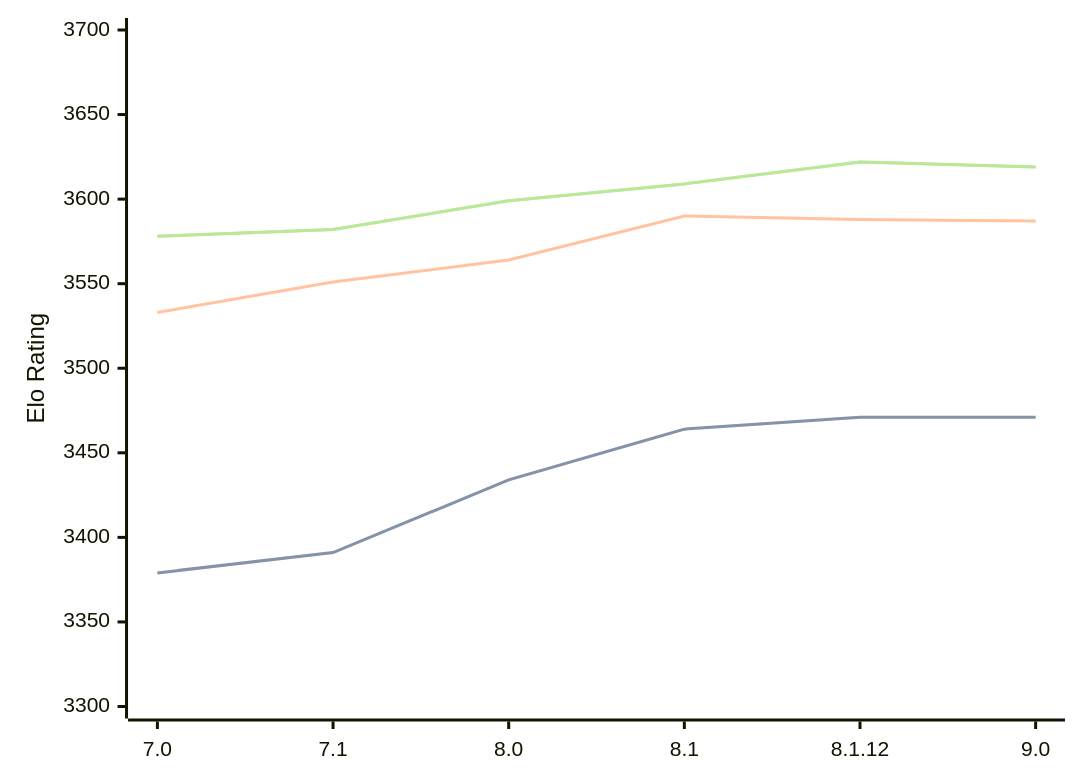
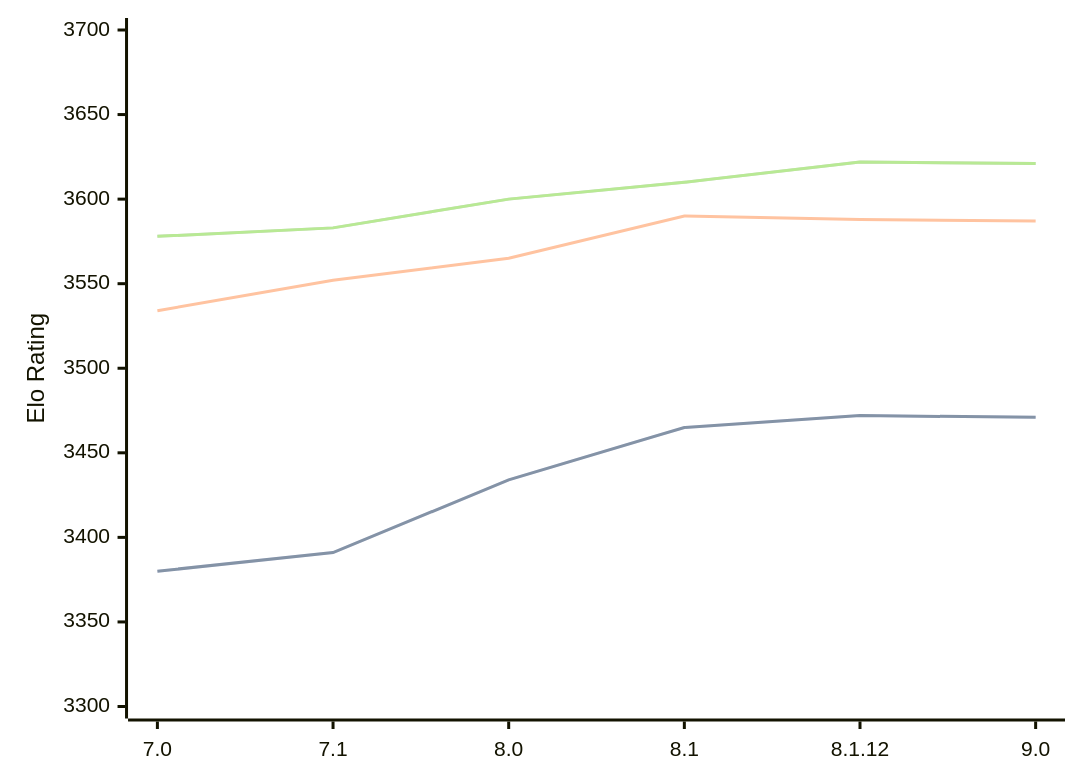
The diagram in engines/Alexandria.md (computer-chess-index/cci), drawn with Mermaid before and after one commit. The commit also changed other lines of this file, not shown here.

Commit message:
Update CCI Ratings (ELO VLTC) - 2026-05-04

````diff
--- a/engines/Alexandria.md
+++ b/engines/Alexandria.md
@@ -55,11 +55,11 @@
 ```mermaid
 %%{init: {"theme":"base","themeVariables":{"seriesColors:['#a3a3a3','#222221','#faa371']}}}%%
 xychart-beta
   x-axis ["7.0", "7.1", "8.0", "8.1", "8.1.12", "9.0"]
   y-axis "Elo Rating" 3300 --> 3700
-  line "STC (8.0+0.08s)" [3379, 3391, 3434, 3464, 3471, 3471]
-  line "STC (8.0+0.08s)" [3379, 3391, 3434, 3464, 3471, 3471]
-  line "LTC (60.0+0.60s)" [3533, 3551, 3564, 3590, 3588, 3587]
-  line "VLTC (2m24s+1.12s)" [3578, 3582, 3599, 3609, 3622, 3619]
-  line "VLTC (2m24s+1.12s)" [3578, 3582, 3599, 3609, 3622, 3619]
+  line "STC (8.0+0.08s)" [3380, 3391, 3434, 3465, 3472, 3471]
+  line "STC (8.0+0.08s)" [3380, 3391, 3434, 3465, 3472, 3471]
+  line "LTC (60.0+0.60s)" [3534, 3552, 3565, 3590, 3588, 3587]
+  line "VLTC (2m24s+1.12s)" [3578, 3583, 3600, 3610, 3622, 3621]
+  line "VLTC (2m24s+1.12s)" [3578, 3583, 3600, 3610, 3622, 3621]
 ```
````
